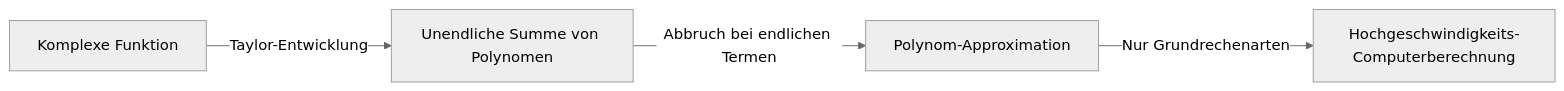
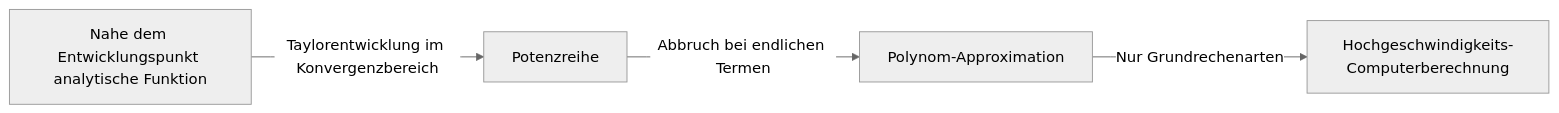
The diagram in content/post/taylor-and-maclaurin-series/index.de.md (kenjinote/blog), drawn with Mermaid (neutral theme) before and after one commit. The commit also changed other lines of this file and 10 other files, not shown here.

````diff
--- a/content/post/taylor-and-maclaurin-series/index.de.md
+++ b/content/post/taylor-and-maclaurin-series/index.de.md
@@ -25,6 +26,6 @@
 ```mermaid
 flowchart LR
-    A["Komplexe Funktion"] -->|"Taylor-Entwicklung"| B["Unendliche Summe von Polynomen"]
+    A["Nahe dem Entwicklungspunkt analytische Funktion"] -->|"Taylorentwicklung im Konvergenzbereich"| B["Potenzreihe"]
     B -->|"Abbruch bei endlichen Termen"| C["Polynom-Approximation"]
     C -->|"Nur Grundrechenarten"| D["Hochgeschwindigkeits-Computerberechnung"]
 ```
````
